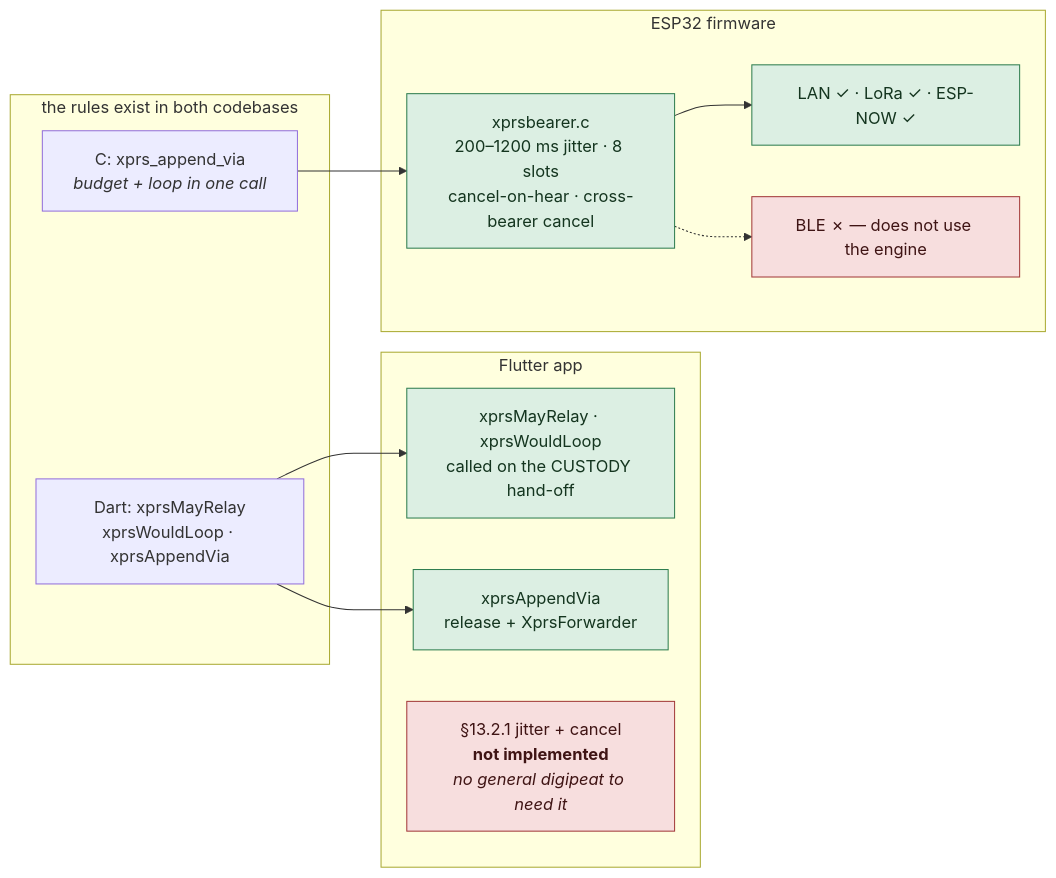
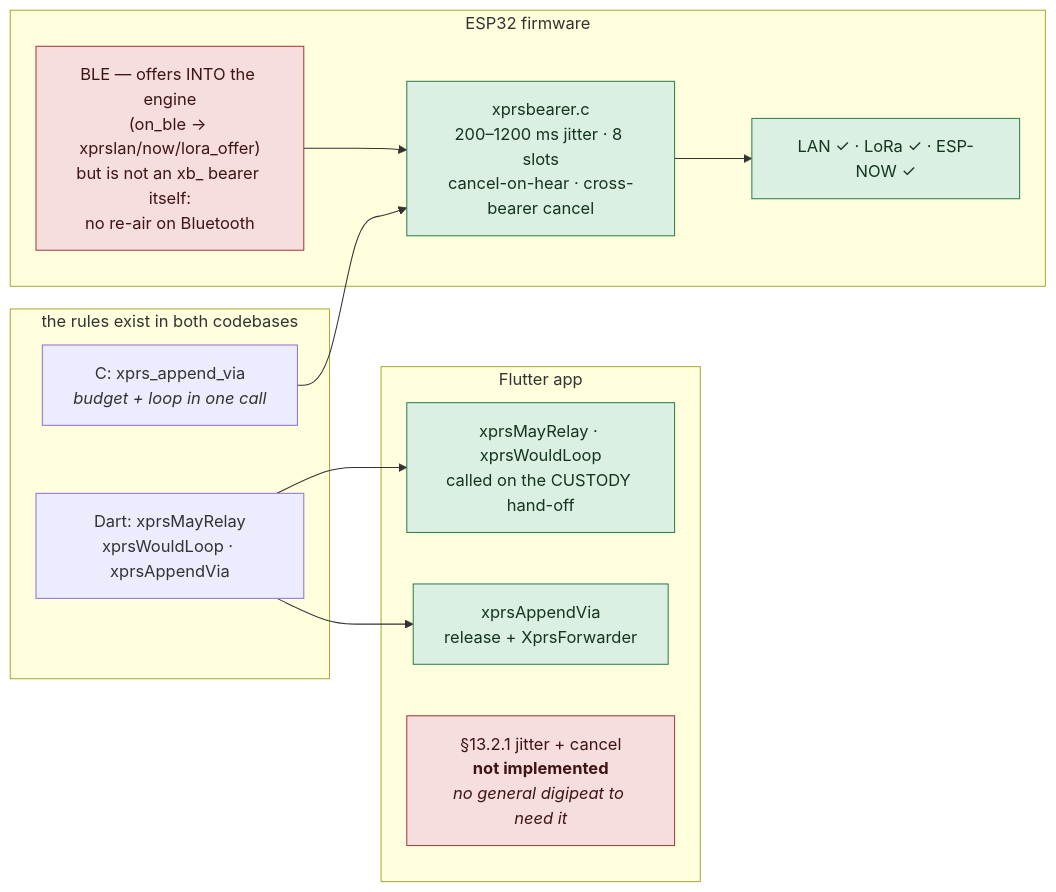
One commit to xprs-dev/app changed the fourth of 8 diagrams in docs/diagrams/relay-gateway-flow.md. Above: the diagram before and after it, drawn with Mermaid. The commit also changed other lines of this file and 1 other file, not shown here.

First line of the commit message:
The diagrams catch up with the firmware

````diff
--- a/docs/diagrams/relay-gateway-flow.md
+++ b/docs/diagrams/relay-gateway-flow.md
@@ -181,29 +208,29 @@
 ```mermaid
 flowchart LR
     subgraph CODEC["the rules exist in both codebases"]
         C1["Dart: xprsMayRelay<br/>xprsWouldLoop · xprsAppendVia"]
         C2["C: xprs_append_via<br/><i>budget + loop in one call</i>"]
     end
 
     subgraph DART["Flutter app"]
         D1["xprsMayRelay · xprsWouldLoop<br/>called on the CUSTODY hand-off"]
         D3["xprsAppendVia<br/>release + XprsForwarder"]
         D4["§13.2.1 jitter + cancel<br/><b>not implemented</b><br/><i>no general digipeat to need it</i>"]
     end
 
     subgraph FW["ESP32 firmware"]
         F1["xprsbearer.c<br/>200–1200 ms jitter · 8 slots<br/>cancel-on-hear · cross-bearer cancel"]
         F2["LAN ✓ · LoRa ✓ · ESP-NOW ✓"]
-        F3["BLE ✗ — does not use the engine"]
+        F3["BLE — offers INTO the engine<br/>(on_ble → xprslan/now/lora_offer)<br/>but is not an xb_ bearer itself:<br/>no re-air on Bluetooth"]
     end
 
     C1 --> D1 & D3
     C2 --> F1 --> F2
-    F1 -.-> F3
+    F3 --> F1
 
     classDef dead fill:#F7DEDE,stroke:#A33A3A,color:#3F1414
     classDef live fill:#DCEFE3,stroke:#2E7D4F,color:#14351F
     classDef part fill:#FBEFD6,stroke:#A9701A,color:#4A3208
     class D4,F3 dead
     class F1,F2,D1,D3 live
 ```
````
